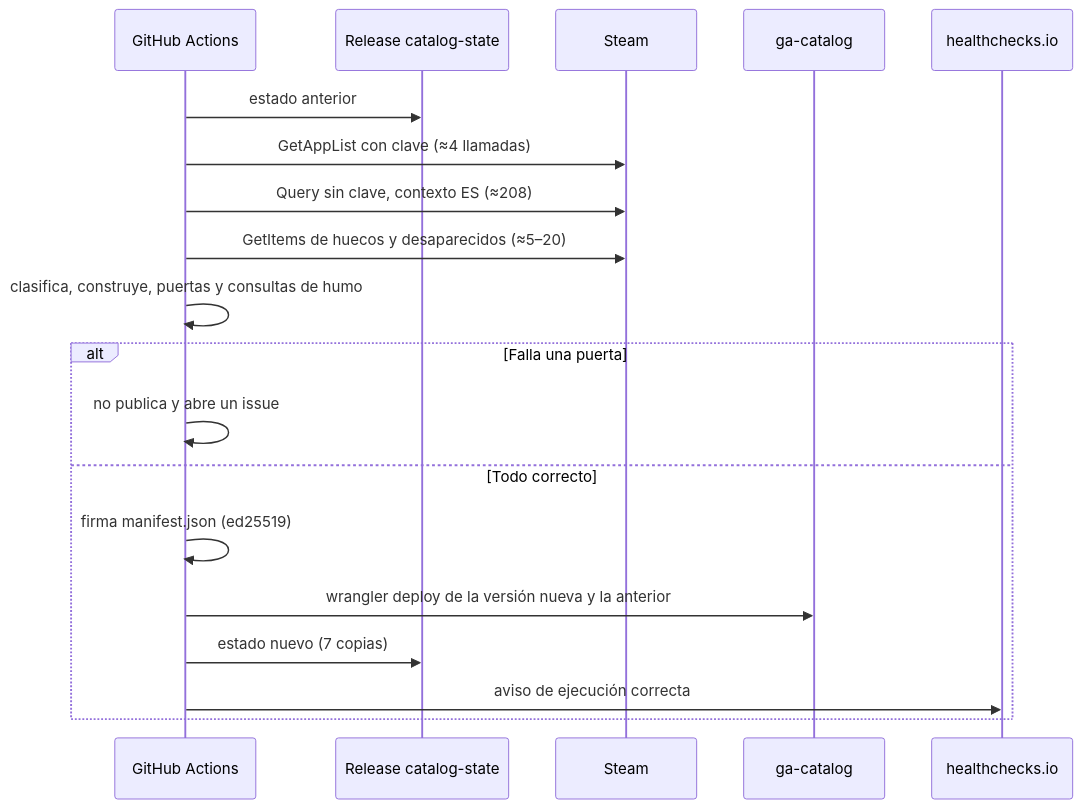
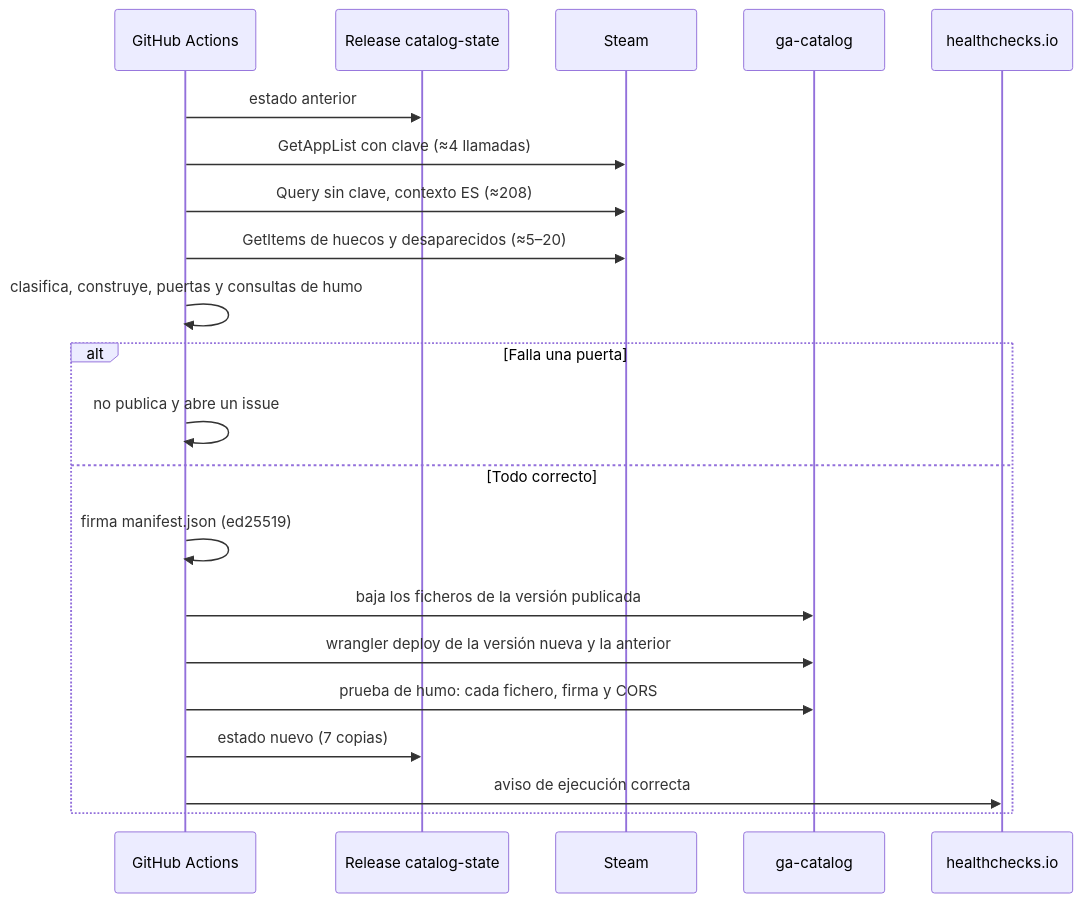
One commit to LucasPrezFdez/gameagenda changed the third of 5 diagrams in docs/planificacion/secciones/05-arquitectura.md. Above: the diagram before and after it, drawn with Mermaid. The commit also changed other lines of this file and 10 other files, not shown here.

````diff
--- a/docs/planificacion/secciones/05-arquitectura.md
+++ b/docs/planificacion/secciones/05-arquitectura.md
@@ -111,21 +111,23 @@
 ```mermaid
 sequenceDiagram
   participant GA as GitHub Actions
   participant REL as Release catalog-state
   participant ST as Steam
   participant CAT as ga-catalog
   participant HC as healthchecks.io
   GA->>REL: estado anterior
   GA->>ST: GetAppList con clave (≈4 llamadas)
   GA->>ST: Query sin clave, contexto ES (≈208)
   GA->>ST: GetItems de huecos y desaparecidos (≈5–20)
   GA->>GA: clasifica, construye, puertas y consultas de humo
   alt Falla una puerta
     GA->>GA: no publica y abre un issue
   else Todo correcto
     GA->>GA: firma manifest.json (ed25519)
+    GA->>CAT: baja los ficheros de la versión publicada
     GA->>CAT: wrangler deploy de la versión nueva y la anterior
+    GA->>CAT: prueba de humo: cada fichero, firma y CORS
     GA->>REL: estado nuevo (7 copias)
     GA->>HC: aviso de ejecución correcta
   end
 ```
````
